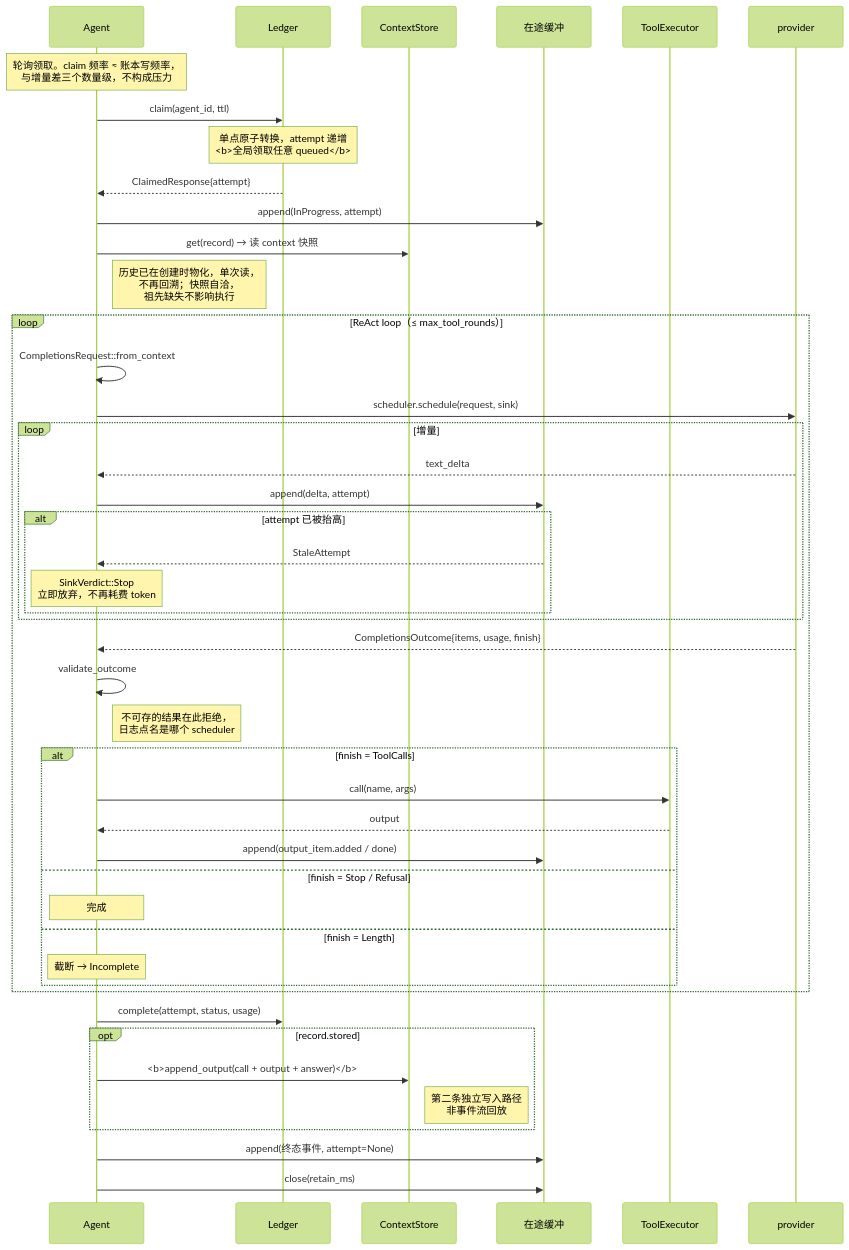
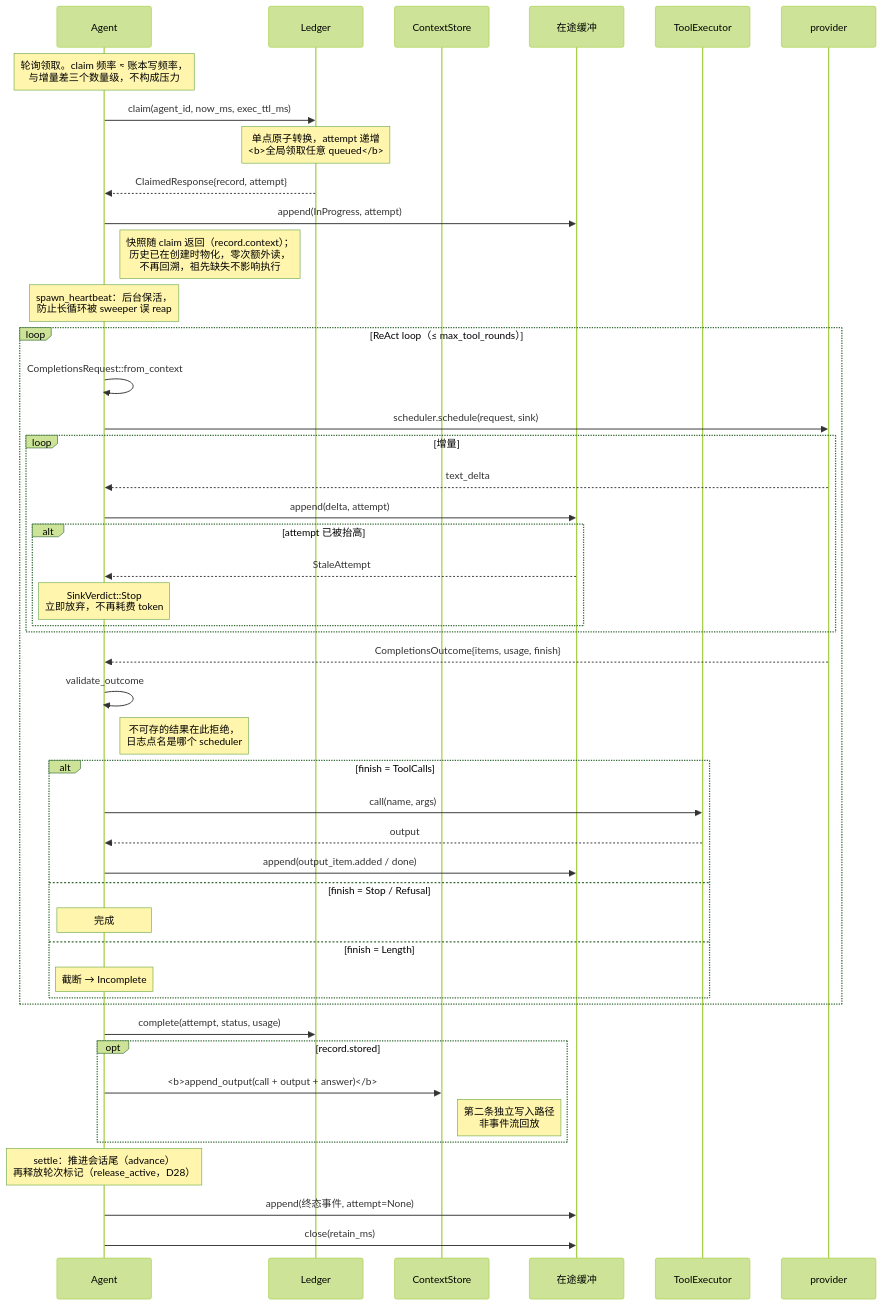
One commit to charleslyh/nova-chat changed the fourth of 8 diagrams in docs/design/00-architecture-review.md. Above: the diagram before and after it, drawn with Mermaid (forest theme). The commit also changed other lines of this file and 48 other files, not shown here.

````diff
--- a/docs/design/00-architecture-review.md
+++ b/docs/design/00-architecture-review.md
@@ -417,54 +377,55 @@
 ```mermaid
 sequenceDiagram
     participant E as Agent
     participant L as Ledger
     participant S as ContextStore
     participant B as 在途缓冲
     participant T as ToolExecutor
     participant P as provider
 
     Note over E: 轮询领取。claim 频率 ≈ 账本写频率，<br/>与增量差三个数量级，不构成压力
-    E->>L: claim(agent_id, ttl)
+    E->>L: claim(agent_id, now_ms, exec_ttl_ms)
     Note over L: 单点原子转换，attempt 递增<br/><b>全局领取任意 queued</b>
-    L-->>E: ClaimedResponse{attempt}
+    L-->>E: ClaimedResponse{record, attempt}
     E->>B: append(InProgress, attempt)
 
-    E->>S: get(record) → 读 context 快照
-    Note right of E: 历史已在创建时物化，单次读，<br/>不再回溯；快照自洽，<br/>祖先缺失不影响执行
+    Note right of E: 快照随 claim 返回（record.context）；<br/>历史已在创建时物化，零次额外读，<br/>不再回溯，祖先缺失不影响执行
+    Note over E: spawn_heartbeat：后台保活，<br/>防止长循环被 sweeper 误 reap
 
     loop ReAct loop（≤ max_tool_rounds）
         E->>E: CompletionsRequest::from_context
         E->>P: scheduler.schedule(request, sink)
 
         loop 增量
             P-->>E: text_delta
             E->>B: append(delta, attempt)
             alt attempt 已被抬高
                 B-->>E: StaleAttempt
                 Note over E: SinkVerdict::Stop<br/>立即放弃，不再耗费 token
             end
         end
 
         P-->>E: CompletionsOutcome{items, usage, finish}
         E->>E: validate_outcome
         Note right of E: 不可存的结果在此拒绝，<br/>日志点名是哪个 scheduler
 
         alt finish = ToolCalls
             E->>T: call(name, args)
             T-->>E: output
             E->>B: append(output_item.added / done)
         else finish = Stop / Refusal
             Note over E: 完成
         else finish = Length
             Note over E: 截断 → Incomplete
         end
     end
 
     E->>L: complete(attempt, status, usage)
     opt record.stored
     E->>S: <b>append_output(call + output + answer)</b>
     Note right of S: 第二条独立写入路径<br/>非事件流回放
     end
+    Note over E: settle：推进会话尾（advance）<br/>再释放轮次标记（release_active，D28）
     E->>B: append(终态事件, attempt=None)
     E->>B: close(retain_ms)
 ```
````
